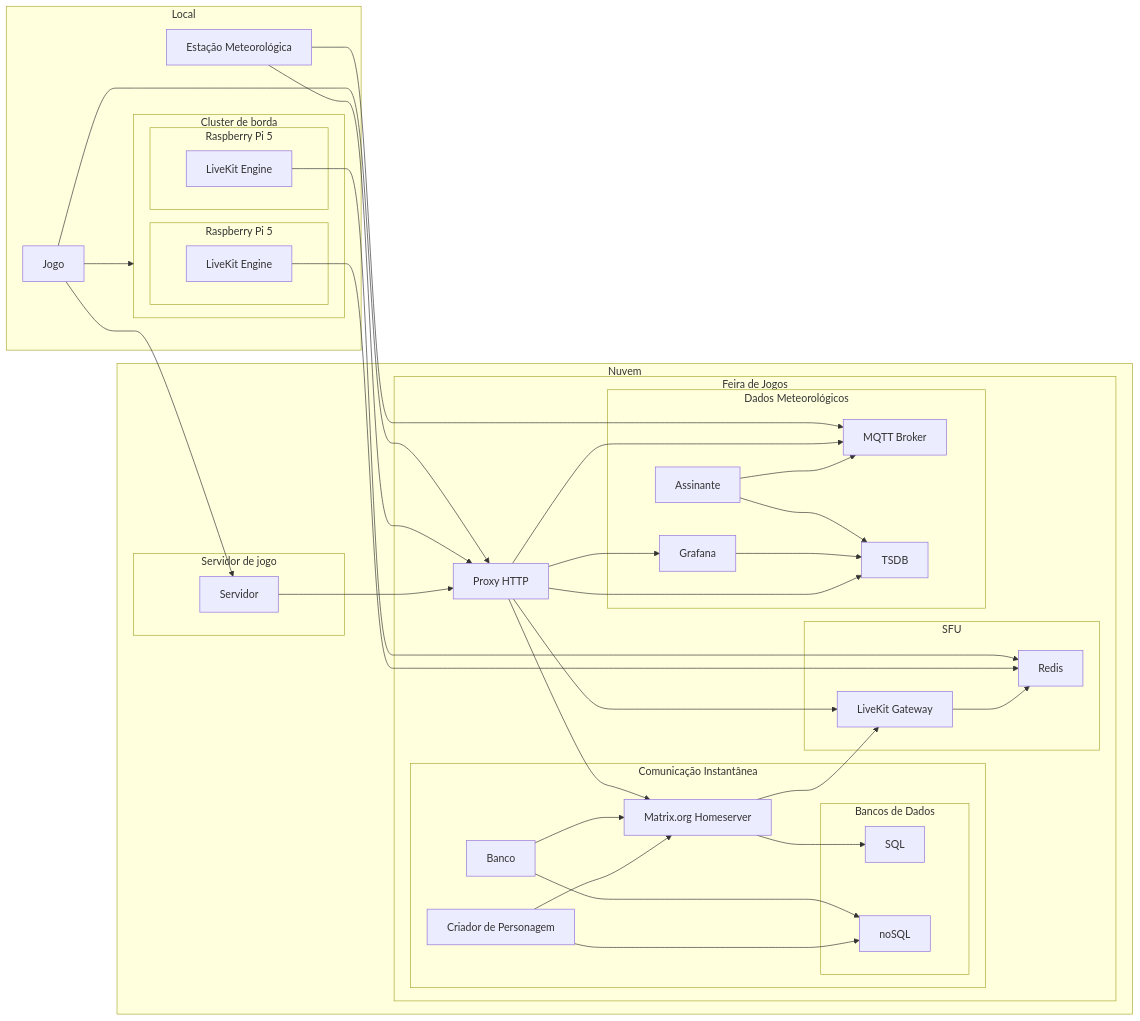
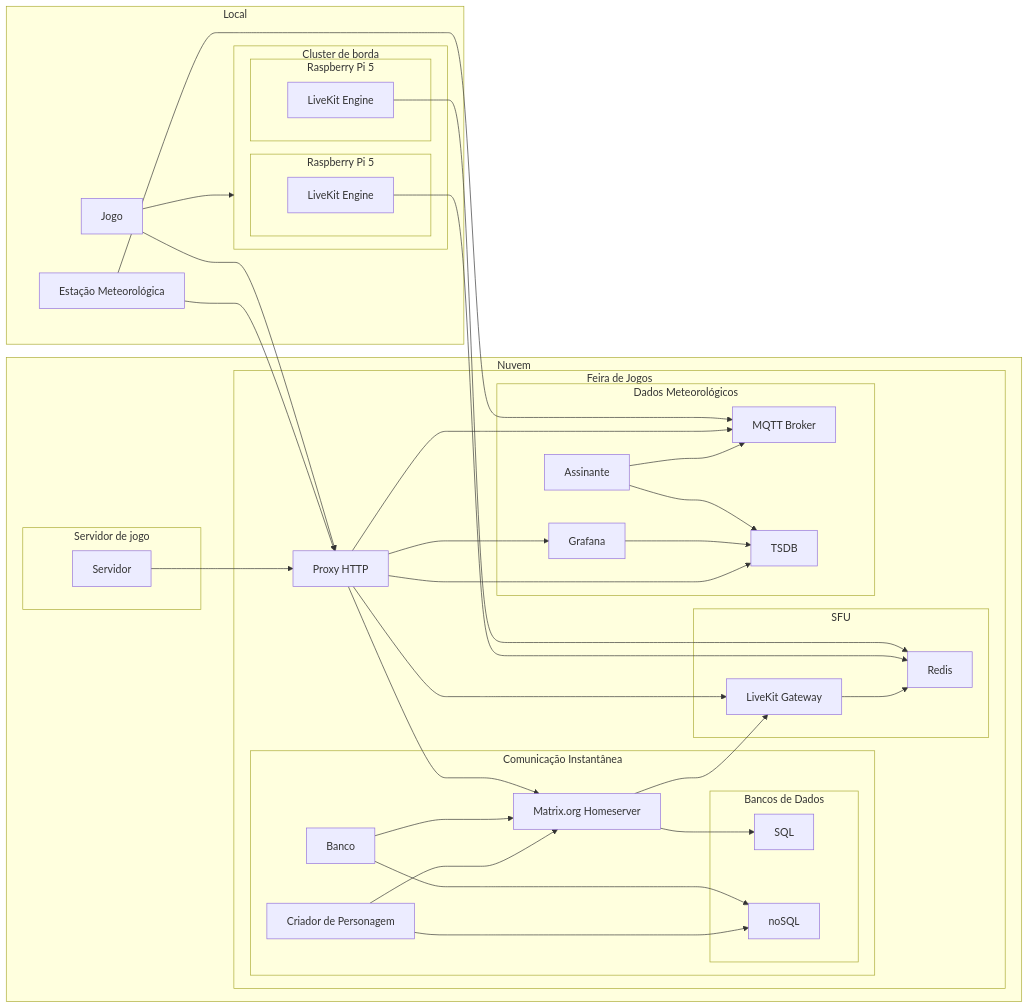
One commit to feira-de-jogos/feira-de-jogos changed the diagram in docs/v3/README.md. Above: the diagram before and after it, drawn with Mermaid.

Commit message:
Corrigir #77

````diff
--- a/docs/v3/README.md
+++ b/docs/v3/README.md
@@ -86,7 +86,6 @@
                 grafana[Grafana]
                 assinante[Assinante]
             end
-        
         end
 
         subgraph servidorJogo[Servidor de jogo]
@@ -122,6 +121,5 @@
     grafana --> tsdb
     proxy --> tsdb
 
-    jogo --> servidor
     servidor --> proxy
 ```
````
